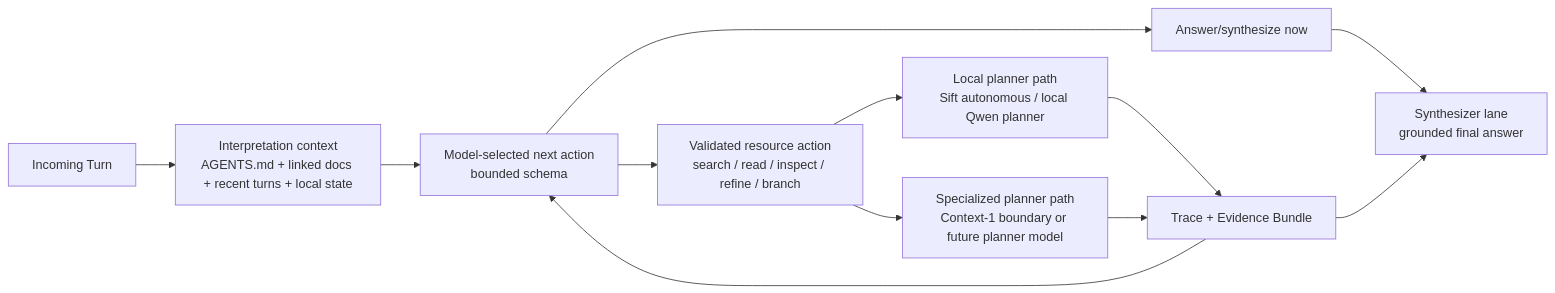
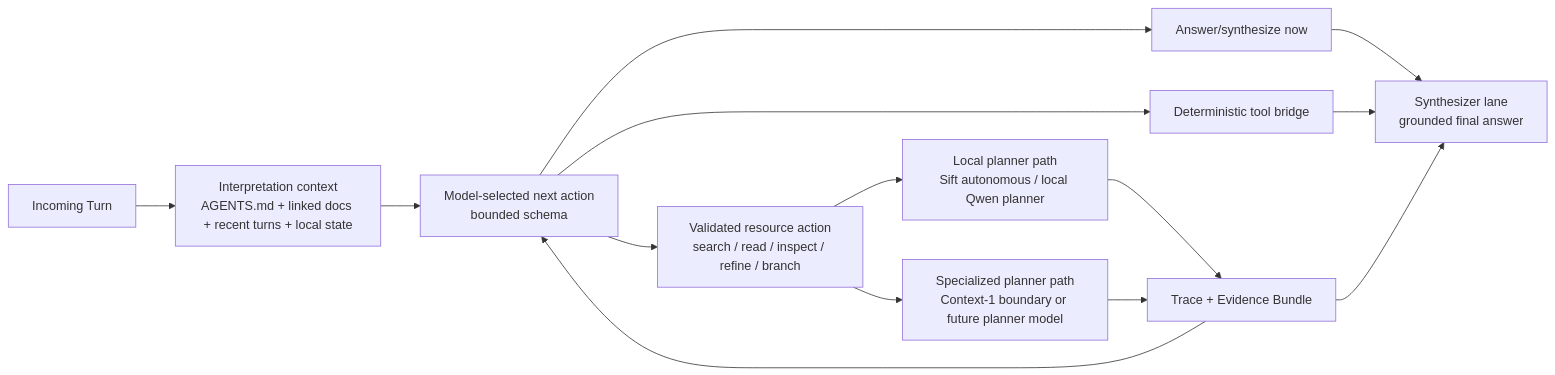
The second of 3 diagrams in README.md (spoke-sh/paddles), drawn with Mermaid before and after one commit. The commit also changed other lines of this file and 41 other files, not shown here.

````diff
--- a/README.md
+++ b/README.md
@@ -44,20 +48,22 @@
 ```mermaid
 flowchart LR
     Turn["Incoming Turn"]
     Interpret["Interpretation context<br/>AGENTS.md + linked docs + recent turns + local state"]
     Decide["Model-selected next action<br/>bounded schema"]
     Direct["Answer/synthesize now"]
+    Tool["Deterministic tool bridge"]
     Resource["Validated resource action<br/>search / read / inspect / refine / branch"]
     LocalPlanner["Local planner path<br/>Sift autonomous / local Qwen planner"]
     HeavyPlanner["Specialized planner path<br/>Context-1 boundary or future planner model"]
     Evidence["Trace + Evidence Bundle"]
     Synth["Synthesizer lane<br/>grounded final answer"]
 
     Turn --> Interpret --> Decide
     Decide --> Direct --> Synth
+    Decide --> Tool --> Synth
     Decide --> Resource
     Resource --> LocalPlanner --> Evidence
     Resource --> HeavyPlanner --> Evidence
     Evidence --> Decide
     Evidence --> Synth
 ```
````
